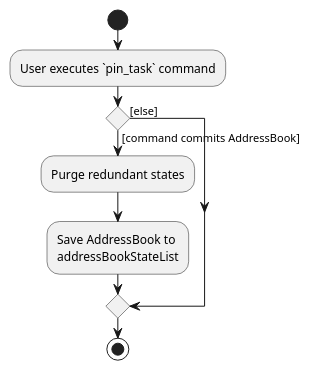
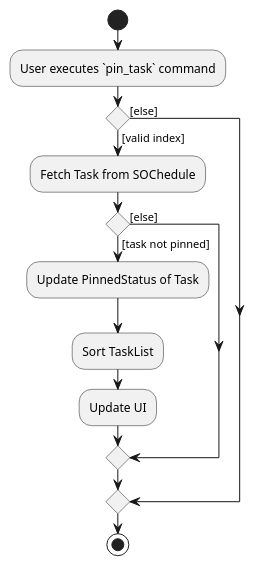
One commit to nus-cs2103-AY2021S2/tp changed the diagram in docs/diagrams/PinTaskActivityDiagram.puml. Above: the diagram before and after it, drawn with PlantUML. The commit also changed 2 other files, not shown here.

Commit message:
DG: Add activity diagram to PinTaskCommand section

```diff
--- a/docs/diagrams/PinTaskActivityDiagram.puml
+++ b/docs/diagrams/PinTaskActivityDiagram.puml
@@ -1,12 +1,16 @@
 @startuml
 start
 :User executes `pin_task` command;
 
-if () then ([command commits AddressBook])
-    :Purge redundant states;
-    :Save AddressBook to
-    addressBookStateList;
+if () then ([valid index])
+    :Fetch Task from SOChedule;
+    if () then ([task not pinned])
+        :Update PinnedStatus of Task;
+        :Sort TaskList;
+        :Update UI;
+    else([else])
+    endif
 else ([else])
 endif
 stop
 @enduml
```
